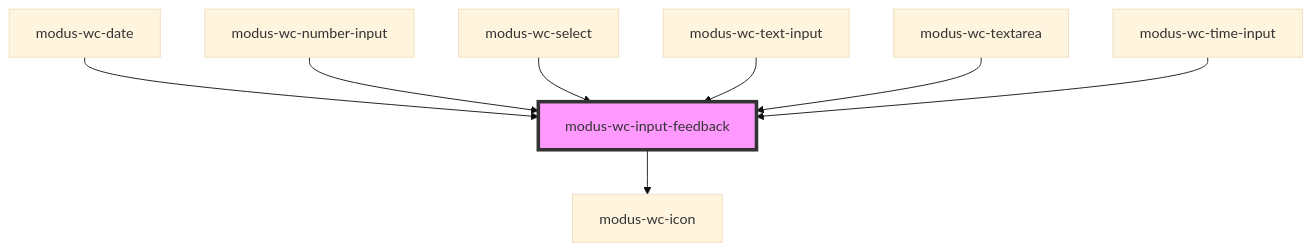
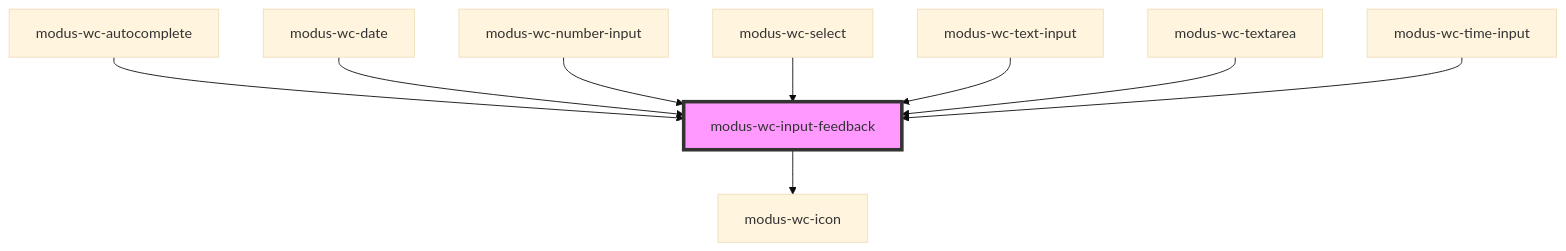
The diagram in src/components/modus-wc-input-feedback/readme.md (trimble-oss/modus-wc-2.0), drawn with Mermaid (base theme) before and after one commit. The commit also changed other lines of this file and 14 other files, not shown here.

````diff
--- a/src/components/modus-wc-input-feedback/readme.md
+++ b/src/components/modus-wc-input-feedback/readme.md
@@ -41,11 +42,12 @@
 ```mermaid
 graph TD;
   modus-wc-input-feedback --> modus-wc-icon
+  modus-wc-autocomplete --> modus-wc-input-feedback
   modus-wc-date --> modus-wc-input-feedback
   modus-wc-number-input --> modus-wc-input-feedback
   modus-wc-select --> modus-wc-input-feedback
   modus-wc-text-input --> modus-wc-input-feedback
   modus-wc-textarea --> modus-wc-input-feedback
   modus-wc-time-input --> modus-wc-input-feedback
   style modus-wc-input-feedback fill:#f9f,stroke:#333,stroke-width:4px
 ```
````
